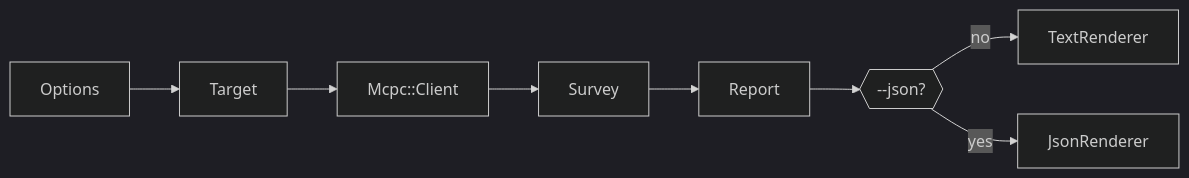
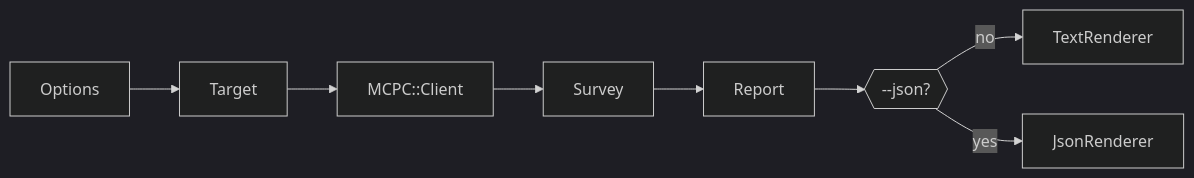
The fifth of 5 diagrams in DESIGN.md (nogginly/mcpc.cr), drawn with Mermaid (dark theme) before and after one commit. The commit also changed 84 other files, not shown here.

````diff
--- a/DESIGN.md
+++ b/DESIGN.md
@@ -234,10 +234,10 @@
 ```mermaid
 flowchart LR
     A[Options] --> T[Target]
-    T --> C[Mcpc::Client]
+    T --> C[MCPC::Client]
     C --> S[Survey]
     S --> R[Report]
     R --> X{{--json?}}
     X -- no --> TR[TextRenderer]
     X -- yes --> JR[JsonRenderer]
 ```
````
